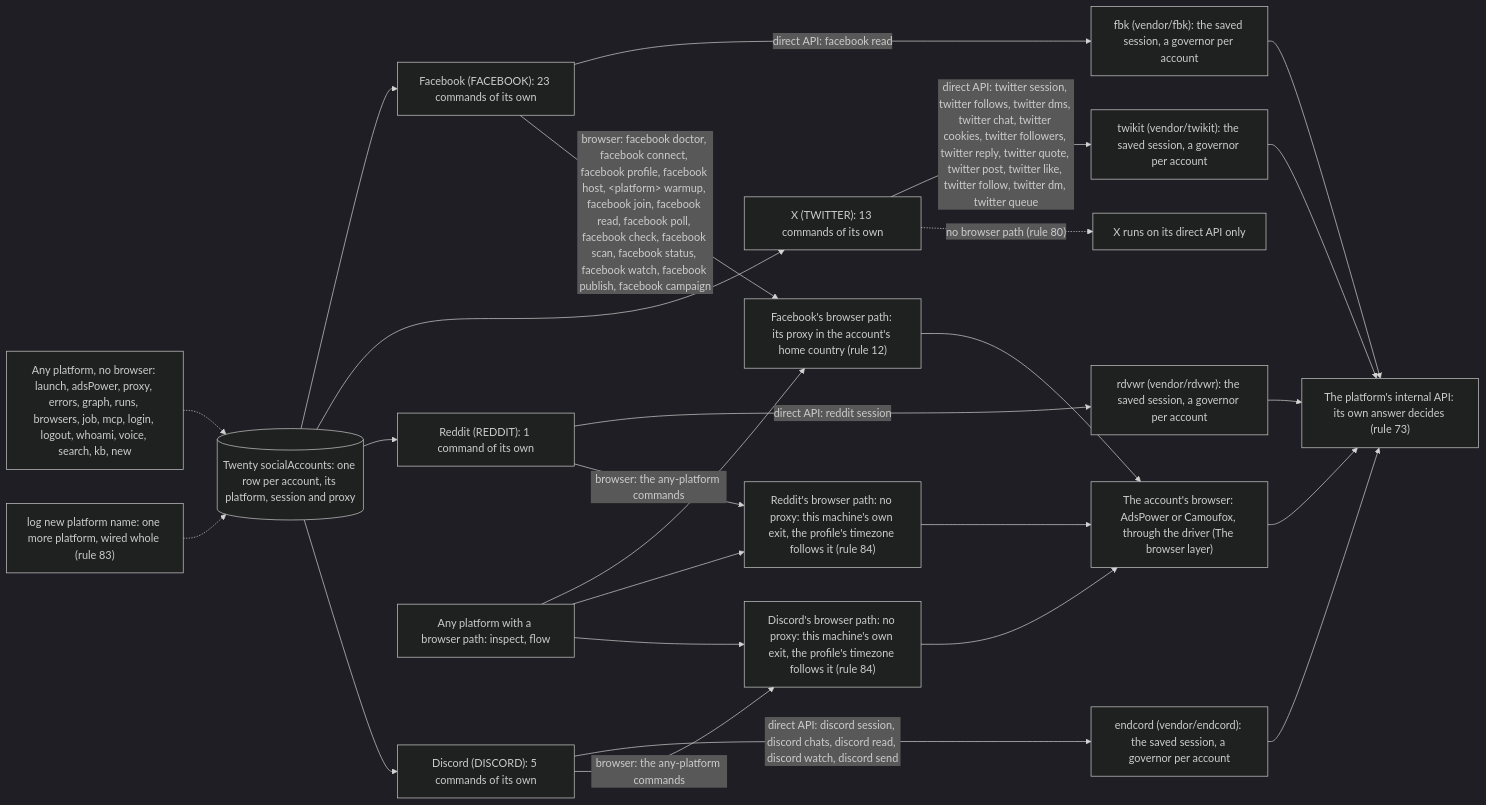
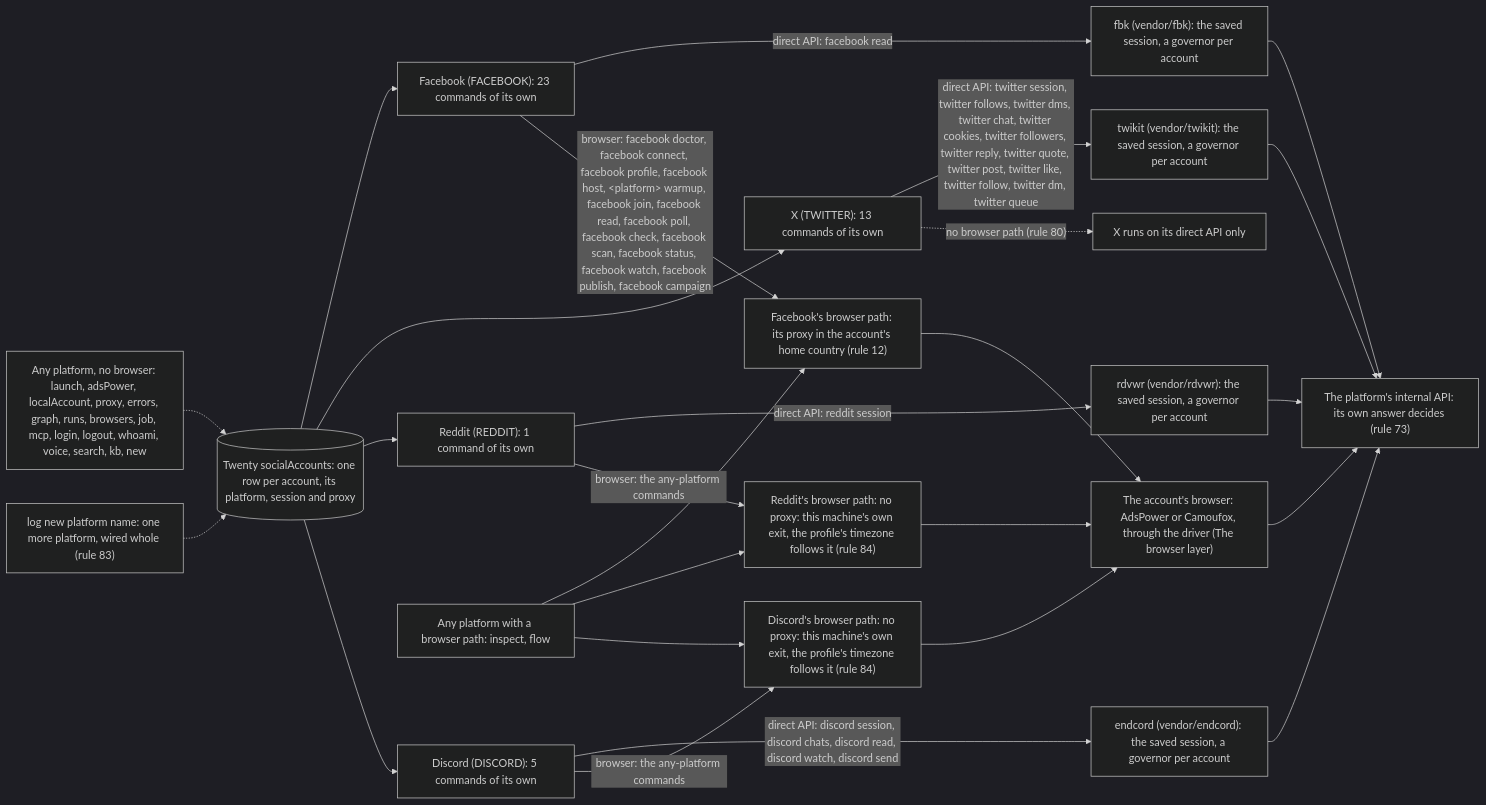
One commit to matthewdonsemail-lab/log changed the first of 6 diagrams in README.md. Above: the diagram before and after it, drawn with Mermaid (dark theme). The commit also changed other lines of this file and 20 other files, not shown here.

````diff
--- a/README.md
+++ b/README.md
@@ -126,37 +126,37 @@
 ```mermaid
 flowchart LR
   twenty[("Twenty socialAccounts: one row per account, its platform, session and proxy")]
   api["The platform's internal API: its own answer decides (rule 73)"]
   drivers["The account's browser: AdsPower or Camoufox, through the driver (The browser layer)"]
   p_facebook["Facebook (FACEBOOK): 23 commands of its own"]
   twenty --> p_facebook
   p_facebook -->|"direct API: facebook read"| e_fbk["fbk (vendor/fbk): the saved session, a governor per account"]
   e_fbk --> api
   p_facebook -->|"browser: facebook doctor, facebook connect, facebook profile, facebook host, #lt;platform#gt; warmup, facebook join, facebook read, facebook poll, facebook check, facebook scan, facebook status, facebook watch, facebook publish, facebook campaign"| b_facebook["Facebook's browser path: its proxy in the account's home country (rule 12)"]
   b_facebook --> drivers
   p_twitter["X (TWITTER): 13 commands of its own"]
   twenty --> p_twitter
   p_twitter -->|"direct API: twitter session, twitter follows, twitter dms, twitter chat, twitter cookies, twitter followers, twitter reply, twitter quote, twitter post, twitter like, twitter follow, twitter dm, twitter queue"| e_twikit["twikit (vendor/twikit): the saved session, a governor per account"]
   e_twikit --> api
   p_twitter -.->|"no browser path (rule 80)"| nob_twitter["X runs on its direct API only"]
   p_reddit["Reddit (REDDIT): 1 command of its own"]
   twenty --> p_reddit
   p_reddit -->|"direct API: reddit session"| e_rdvwr["rdvwr (vendor/rdvwr): the saved session, a governor per account"]
   e_rdvwr --> api
   p_reddit -->|"browser: the any-platform commands"| b_reddit["Reddit's browser path: no proxy: this machine's own exit, the profile's timezone follows it (rule 84)"]
   b_reddit --> drivers
   p_discord["Discord (DISCORD): 5 commands of its own"]
   twenty --> p_discord
   p_discord -->|"direct API: discord session, discord chats, discord read, discord watch, discord send"| e_endcord["endcord (vendor/endcord): the saved session, a governor per account"]
   e_endcord --> api
   p_discord -->|"browser: the any-platform commands"| b_discord["Discord's browser path: no proxy: this machine's own exit, the profile's timezone follows it (rule 84)"]
   b_discord --> drivers
   anyB["Any platform with a browser path: inspect, flow"]
   anyB --> b_facebook
   anyB --> b_reddit
   anyB --> b_discord
-  anyN["Any platform, no browser: launch, adsPower, proxy, errors, graph, runs, browsers, job, mcp, login, logout, whoami, voice, search, kb, new"]
+  anyN["Any platform, no browser: launch, adsPower, localAccount, proxy, errors, graph, runs, browsers, job, mcp, login, logout, whoami, voice, search, kb, new"]
   anyN -.-> twenty
   newP["log new platform name: one more platform, wired whole (rule 83)"] -.-> twenty
   drivers --> api
 ```
````
